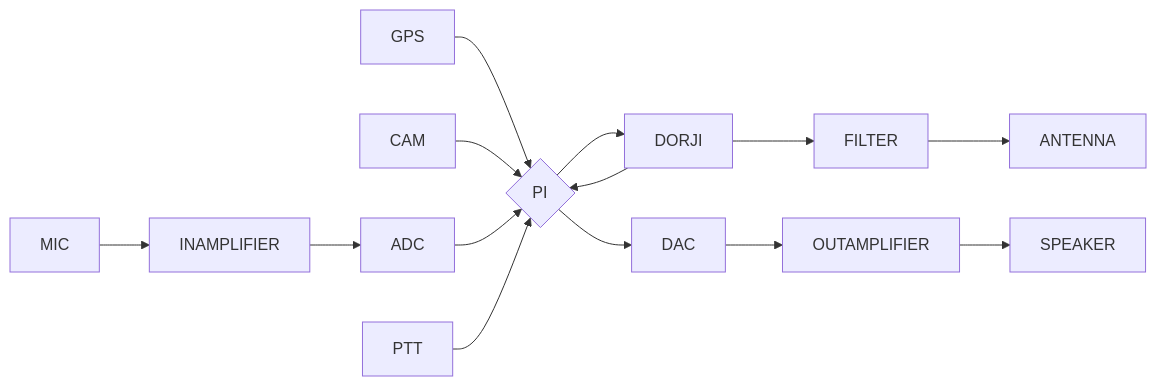
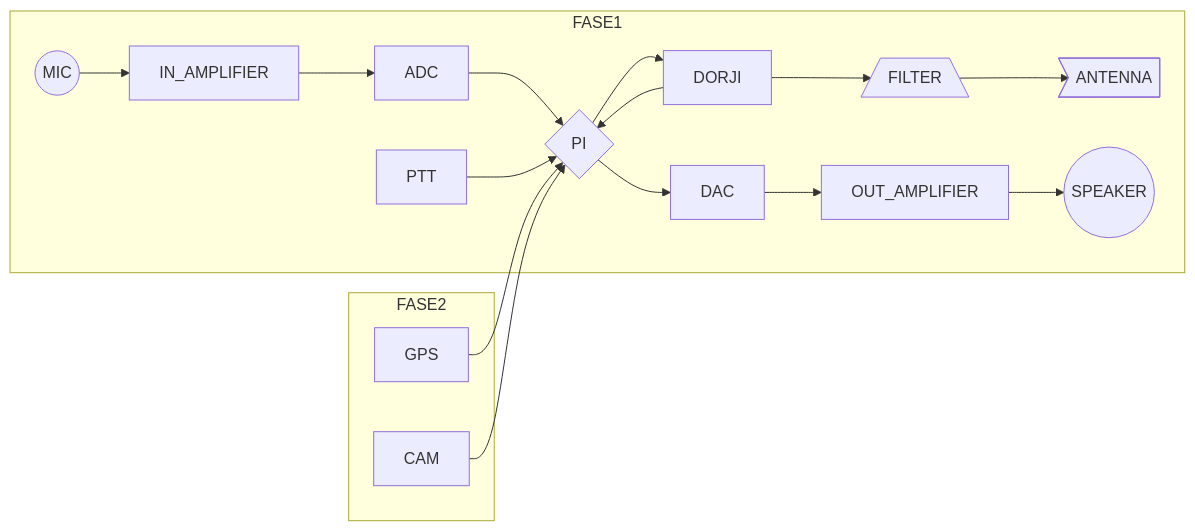
One commit to fmogollonr/hambox changed the diagram in doc/arquitectura.md. Above: the diagram before and after it, drawn with Mermaid.

Commit message:
Arquitectura

````diff
--- a/doc/arquitectura.md
+++ b/doc/arquitectura.md
@@ -2,16 +2,24 @@
 ```mermaid
 graph LR;
-    GPS-->PI{PI};
-    CAM-->PI;
-    PI-->DORJI;
+    subgraph FASE1
+    PI{PI}-->DORJI;
     DORJI-->PI;
     PI-->DAC;
-    MIC-->INAMPLIFIER;
-    INAMPLIFIER-->ADC;
+    MIC-->IN_AMPLIFIER;
+    IN_AMPLIFIER-->ADC;
     ADC-->PI;
     PTT-->PI;
     DORJI-->FILTER;
     FILTER-->ANTENNA;
-    DAC-->OUTAMPLIFIER;
-    OUTAMPLIFIER-->SPEAKER;
+    DAC-->OUT_AMPLIFIER;
+    OUT_AMPLIFIER-->SPEAKER;
+    end
+    subgraph FASE2
+    GPS-->PI;
+    CAM-->PI;
+    end
+    ANTENNA>ANTENNA]
+    FILTER[/FILTER\]
+    MIC((MIC))
+    SPEAKER((SPEAKER))
 ```
````
